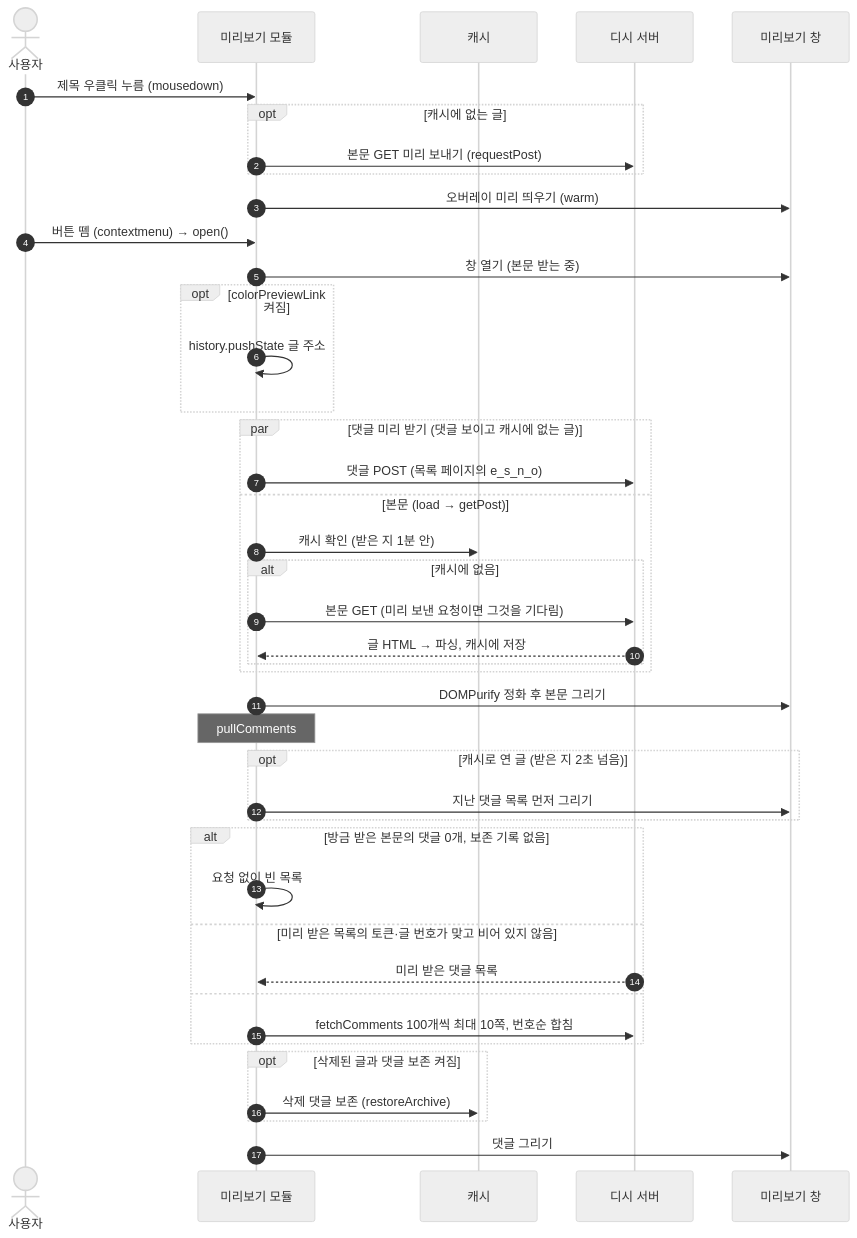
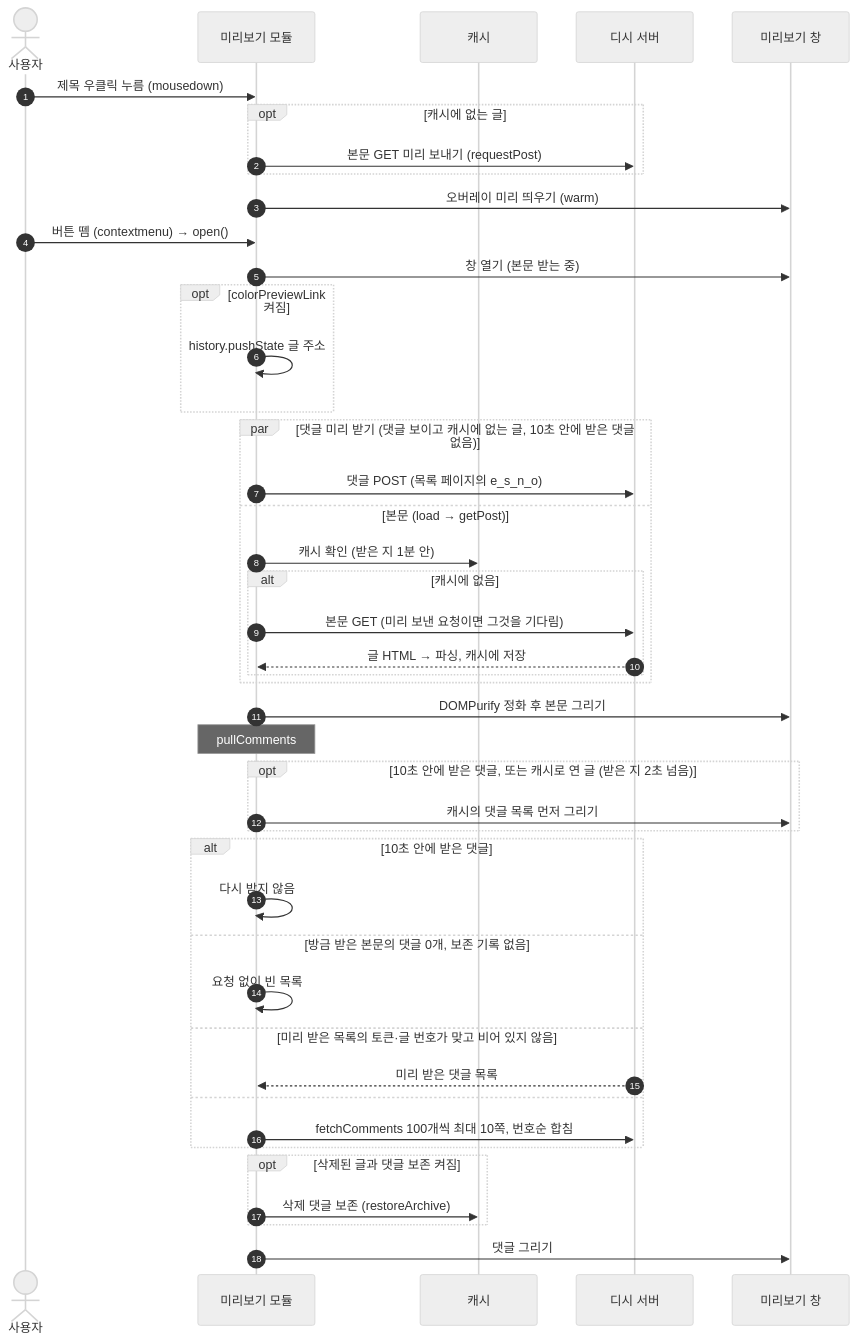
One commit to green1052/DCRefresher-Reborn changed the fourth of 6 diagrams in docs/DEVELOPMENT.md. Above: the diagram before and after it, drawn with Mermaid (neutral theme). The commit also changed other lines of this file, not shown here.

````diff
--- a/docs/DEVELOPMENT.md
+++ b/docs/DEVELOPMENT.md
@@ -472,44 +472,46 @@
 ```mermaid
 sequenceDiagram
     autonumber
     actor U as 사용자
     participant M as 미리보기 모듈
     participant C as 캐시
     participant S as 디시 서버
     participant W as 미리보기 창
     U->>M: 제목 우클릭 누름 (mousedown)
     opt 캐시에 없는 글
         M->>S: 본문 GET 미리 보내기 (requestPost)
     end
     M->>W: 오버레이 미리 띄우기 (warm)
     U->>M: 버튼 뗌 (contextmenu) → open()
     M->>W: 창 열기 (본문 받는 중)
     opt colorPreviewLink 켜짐
         M->>M: history.pushState 글 주소
     end
-    par 댓글 미리 받기 (댓글 보이고 캐시에 없는 글)
+    par 댓글 미리 받기 (댓글 보이고 캐시에 없는 글, 10초 안에 받은 댓글 없음)
         M->>S: 댓글 POST (목록 페이지의 e_s_n_o)
     and 본문 (load → getPost)
         M->>C: 캐시 확인 (받은 지 1분 안)
         alt 캐시에 없음
             M->>S: 본문 GET (미리 보낸 요청이면 그것을 기다림)
             S-->>M: 글 HTML → 파싱, 캐시에 저장
         end
     end
     M->>W: DOMPurify 정화 후 본문 그리기
     Note over M: pullComments
-    opt 캐시로 연 글 (받은 지 2초 넘음)
-        M->>W: 지난 댓글 목록 먼저 그리기
+    opt 10초 안에 받은 댓글, 또는 캐시로 연 글 (받은 지 2초 넘음)
+        M->>W: 캐시의 댓글 목록 먼저 그리기
     end
-    alt 방금 받은 본문의 댓글 0개, 보존 기록 없음
+    alt 10초 안에 받은 댓글
+        M->>M: 다시 받지 않음
+    else 방금 받은 본문의 댓글 0개, 보존 기록 없음
         M->>M: 요청 없이 빈 목록
     else 미리 받은 목록의 토큰·글 번호가 맞고 비어 있지 않음
         S-->>M: 미리 받은 댓글 목록
     else
         M->>S: fetchComments 100개씩 최대 10쪽, 번호순 합침
     end
     opt 삭제된 글과 댓글 보존 켜짐
         M->>C: 삭제 댓글 보존 (restoreArchive)
     end
     M->>W: 댓글 그리기
 ```
````
